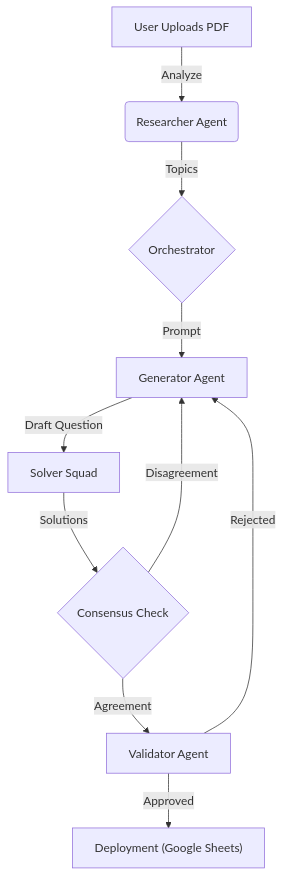
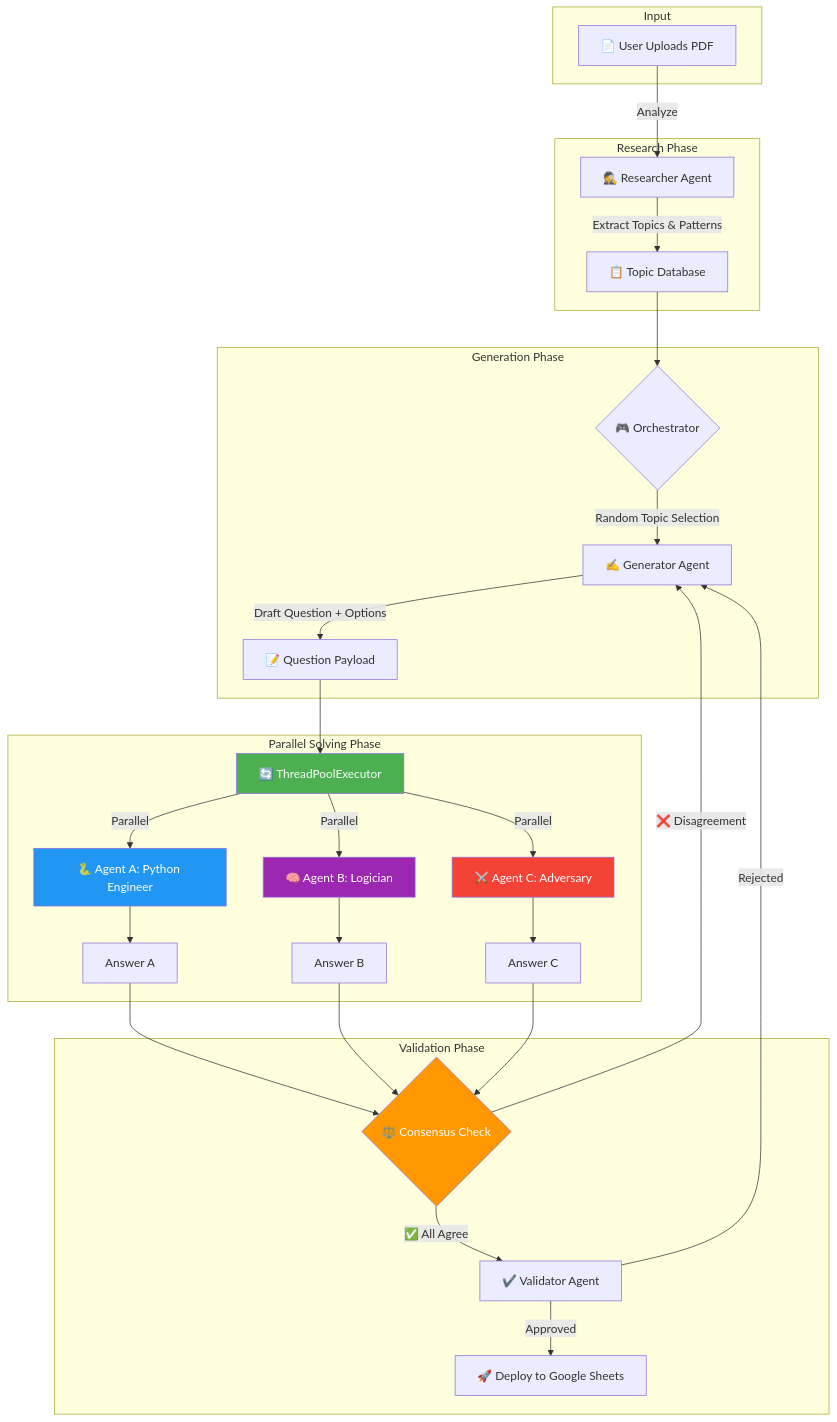
Before and after one commit to anupam-hegde/Quant_Solver-: the diagram in README.md, drawn with Mermaid. The commit also changed other lines of this file, not shown here.

Commit message:
docs: Enhanced README with detailed Solver Squad parallel execution documentation

````diff
--- a/README.md
+++ b/README.md
@@ -95,12 +145,43 @@
 ```mermaid
-graph TD
-    A[User Uploads PDF] -->|Analyze| B(Researcher Agent)
-    B -->|Topics| C{Orchestrator}
-    C -->|Prompt| D[Generator Agent]
-    D -->|Draft Question| E[Solver Squad]
-    E -->|Solutions| F{Consensus Check}
-    F -->|Agreement| G[Validator Agent]
-    F -->|Disagreement| D
-    G -->|Approved| H["Deployment (Google Sheets)"]
-    G -->|Rejected| D
+flowchart TD
+    subgraph Input
+        A[📄 User Uploads PDF]
+    end
+
+    subgraph Research Phase
+        A -->|Analyze| B[🕵️ Researcher Agent]
+        B -->|Extract Topics & Patterns| C[📋 Topic Database]
+    end
+
+    subgraph Generation Phase
+        C --> D{🎮 Orchestrator}
+        D -->|Random Topic Selection| E[✍️ Generator Agent]
+        E -->|Draft Question + Options| F[📝 Question Payload]
+    end
+
+    subgraph Parallel Solving Phase
+        F --> G[🔄 ThreadPoolExecutor]
+        G -->|Parallel| H[🐍 Agent A: Python Engineer]
+        G -->|Parallel| I[🧠 Agent B: Logician]
+        G -->|Parallel| J[⚔️ Agent C: Adversary]
+        H --> K[Answer A]
+        I --> L[Answer B]
+        J --> M[Answer C]
+    end
+
+    subgraph Validation Phase
+        K --> N{⚖️ Consensus Check}
+        L --> N
+        M --> N
+        N -->|✅ All Agree| O[✔️ Validator Agent]
+        N -->|❌ Disagreement| E
+        O -->|Approved| P[🚀 Deploy to Google Sheets]
+        O -->|Rejected| E
+    end
+
+    style G fill:#4CAF50,color:#fff
+    style H fill:#2196F3,color:#fff
+    style I fill:#9C27B0,color:#fff
+    style J fill:#F44336,color:#fff
+    style N fill:#FF9800,color:#fff
 ```
````
